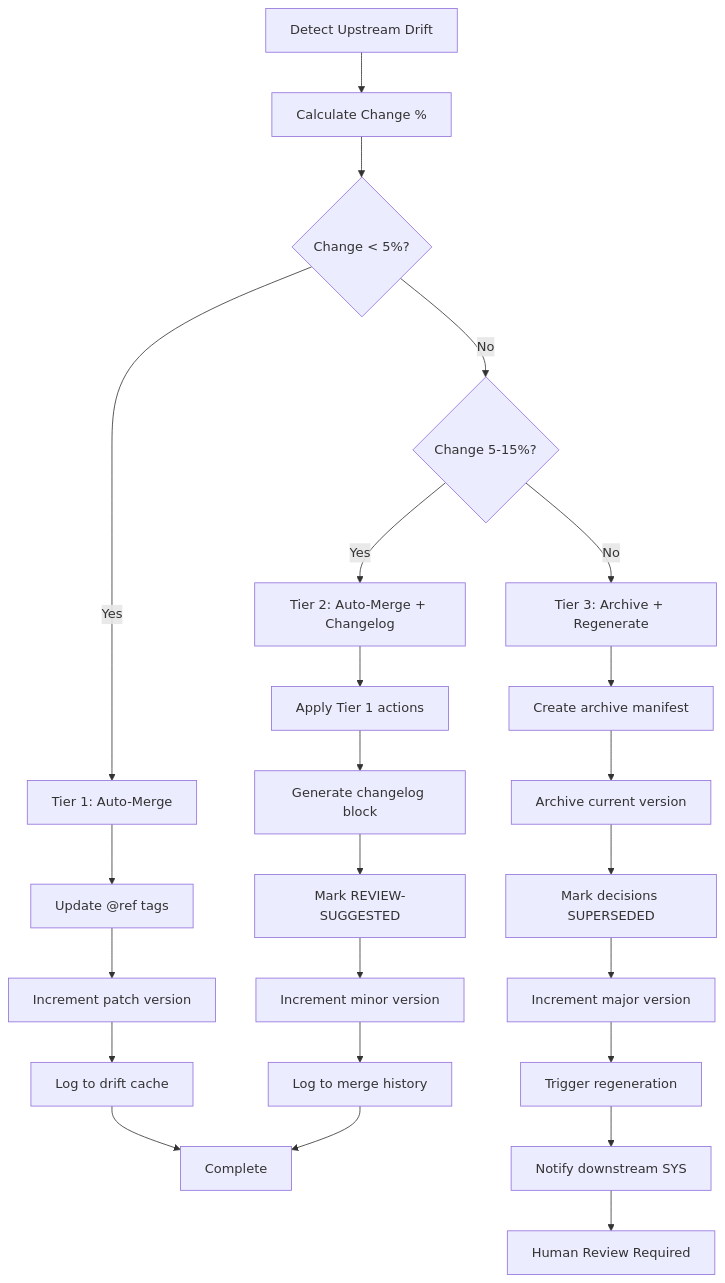
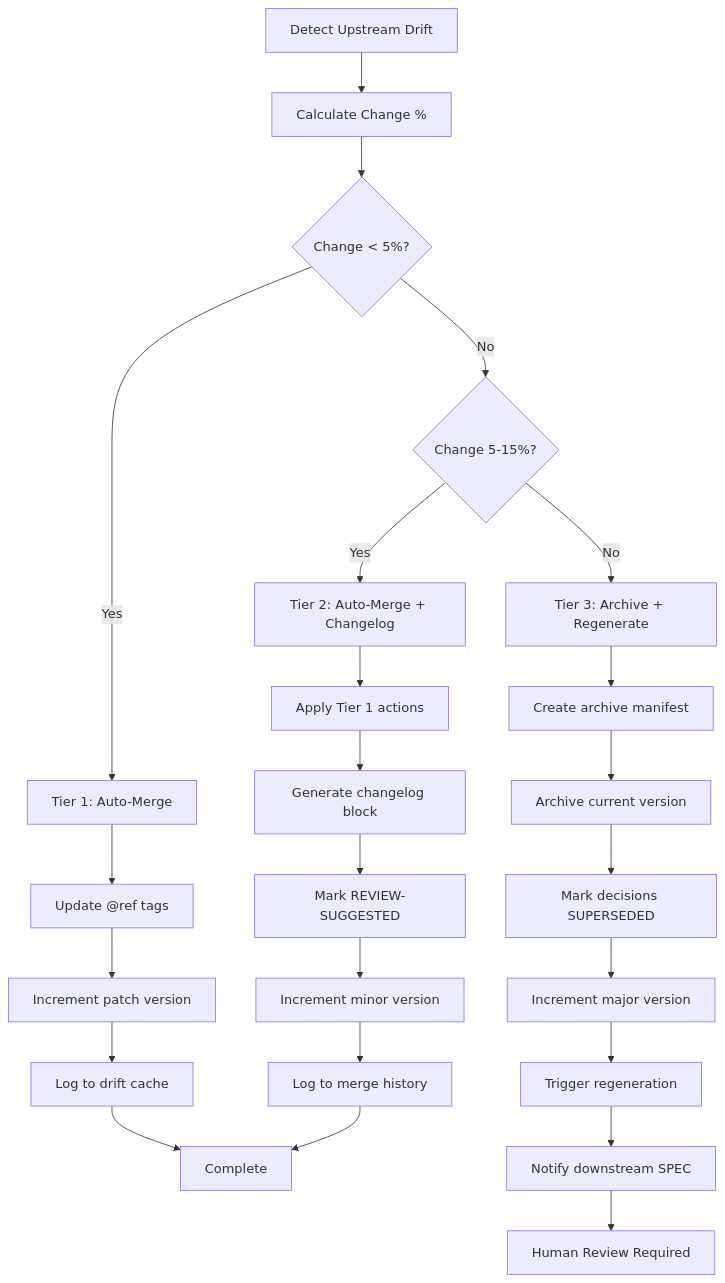
The second of 3 diagrams in platforms/claude-code-plugin/skills/doc-adr-fixer/SKILL.md (vladm3105/aidoc-flow-framework), drawn with Mermaid before and after one commit. The commit also changed other lines of this file and 19 other files, not shown here.

````diff
--- a/platforms/claude-code-plugin/skills/doc-adr-fixer/SKILL.md
+++ b/platforms/claude-code-plugin/skills/doc-adr-fixer/SKILL.md
@@ -702,30 +709,30 @@
 ```mermaid
 flowchart TD
     A[Detect Upstream Drift] --> B[Calculate Change %]
     B --> C{Change < 5%?}
 
     C -->|Yes| D[Tier 1: Auto-Merge]
     D --> D1[Update @ref tags]
     D1 --> D2[Increment patch version]
     D2 --> D3[Log to drift cache]
     D3 --> Z[Complete]
 
     C -->|No| E{Change 5-15%?}
 
     E -->|Yes| F[Tier 2: Auto-Merge + Changelog]
     F --> F1[Apply Tier 1 actions]
     F1 --> F2[Generate changelog block]
     F2 --> F3[Mark REVIEW-SUGGESTED]
     F3 --> F4[Increment minor version]
     F4 --> F5[Log to merge history]
     F5 --> Z
 
     E -->|No| G[Tier 3: Archive + Regenerate]
     G --> G1[Create archive manifest]
     G1 --> G2[Archive current version]
     G2 --> G3[Mark decisions SUPERSEDED]
     G3 --> G4[Increment major version]
     G4 --> G5[Trigger regeneration]
-    G5 --> G6[Notify downstream SYS]
+    G5 --> G6[Notify downstream SPEC]
     G6 --> H[Human Review Required]
 ```
````
